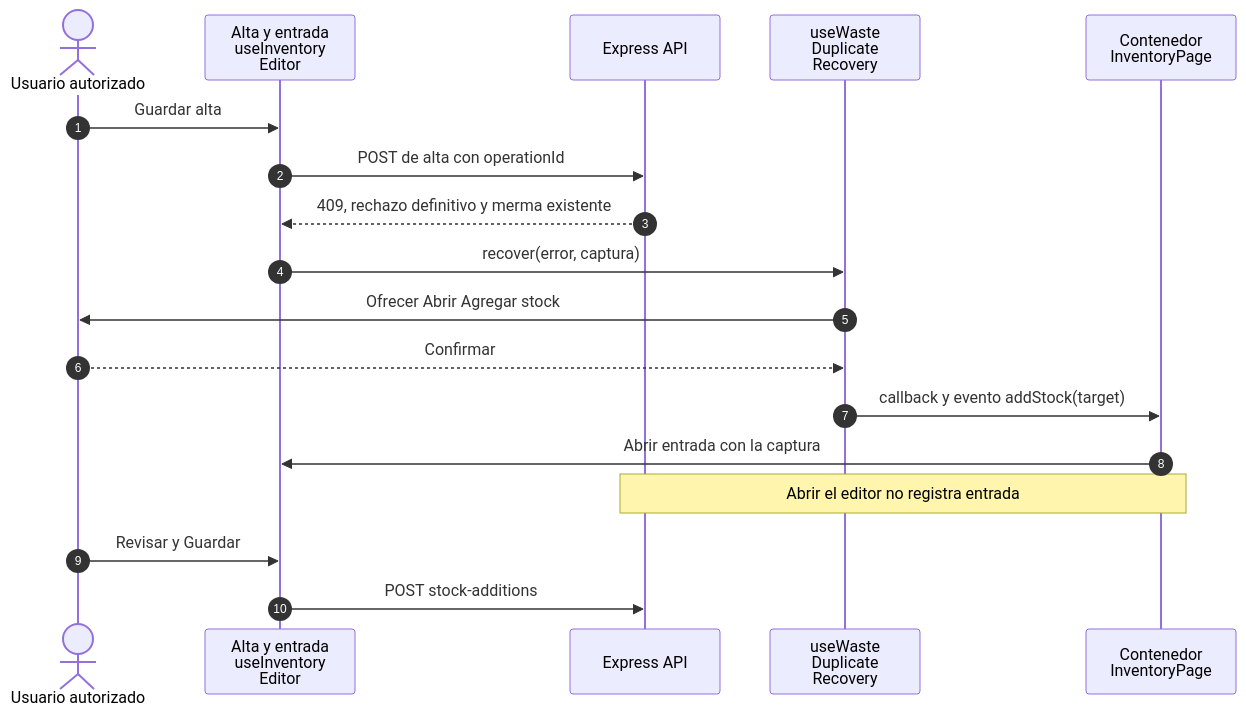
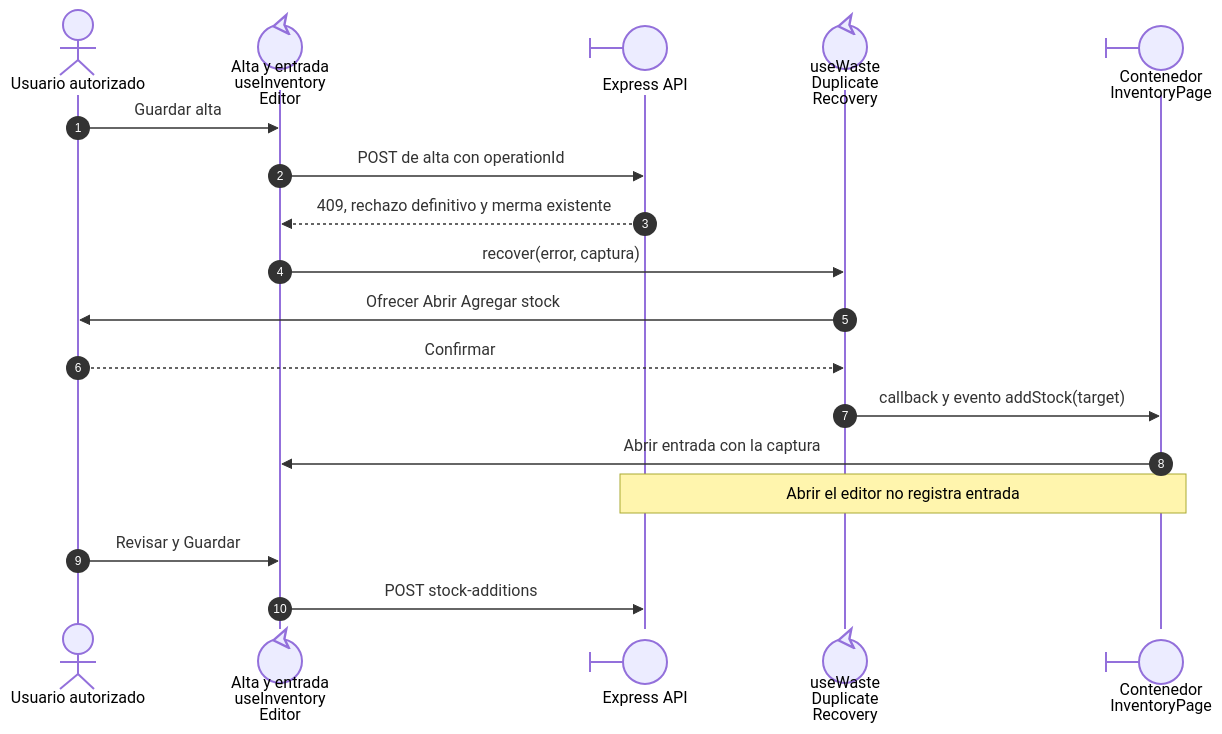
Before and after one commit to gpgsistemas01/nexus: the third of 5 diagrams in front/docs/architecture/views/development/design-and-construction-patterns/03-composables-and-callbacks.md, drawn with Mermaid. The commit also changed other lines of this file and 227 other files, not shown here.

````diff
--- a/front/docs/architecture/views/development/design-and-construction-patterns/03-composables-and-callbacks.md
+++ b/front/docs/architecture/views/development/design-and-construction-patterns/03-composables-and-callbacks.md
@@ -84,20 +86,20 @@
 ```mermaid
 sequenceDiagram
     autonumber
     actor U as Usuario autorizado
-    participant E as Alta y entrada<br/>useInventory<br/>Editor
-    participant A as Express API
-    participant R as useWaste<br/>Duplicate<br/>Recovery
-    participant P as Contenedor<br/>InventoryPage
+    participant E@{ "type": "control" } as Alta y entrada<br/>useInventory<br/>Editor
+    participant A@{ "type": "boundary" } as Express API
+    participant R@{ "type": "control" } as useWaste<br/>Duplicate<br/>Recovery
+    participant P@{ "type": "boundary" } as Contenedor<br/>InventoryPage
     U->>E: Guardar alta
     E->>A: POST de alta con operationId
     A-->>E: 409, rechazo definitivo y merma existente
     E->>R: recover(error, captura)
     R->>U: Ofrecer Abrir Agregar stock
     U-->>R: Confirmar
     R->>P: callback y evento addStock(target)
     P->>E: Abrir entrada con la captura
     Note over P,A: Abrir el editor no registra entrada
     U->>E: Revisar y Guardar
     E->>A: POST stock-additions
 ```
````
